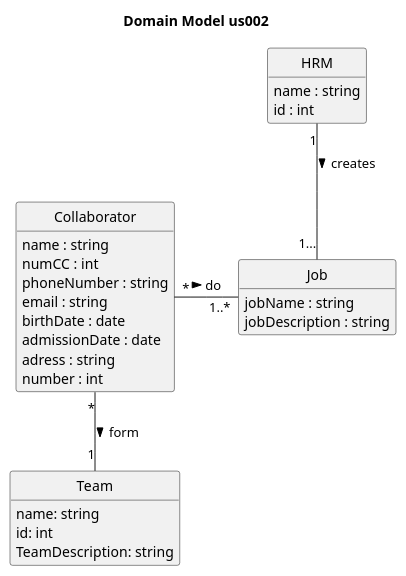
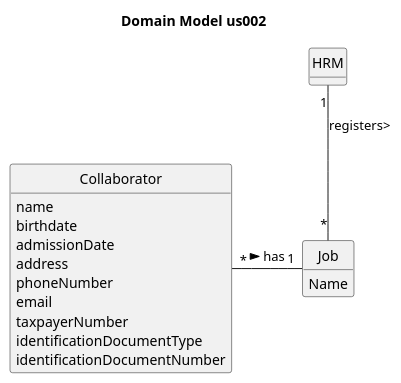
Before and after one commit to Departamento-de-Engenharia-Informatica/lei-24-s2-1dm-g132: the diagram in docs/sprintA/us002/02.analysis/puml/project-domain-model.puml, drawn with PlantUML. The commit also changed 1 other file, not shown here.

```diff
--- a/docs/sprintA/us002/02.analysis/puml/project-domain-model.puml
+++ b/docs/sprintA/us002/02.analysis/puml/project-domain-model.puml
@@ -1,45 +1,37 @@
 @startuml
 skinparam monochrome true
 skinparam packageStyle rectangle
 skinparam shadowing false
 'skinparam linetype ortho
 'left to right direction
 skinparam classAttributeIconSize 0
 hide circle
 hide methods
 
 title Domain Model us002
 
 
 
 class HRM {
-    name : string
-    id : int
 }
 
 class Job {
-    jobName : string
-    jobDescription : string
+    Name
 
 }
 class Collaborator {
-    name : string
-    numCC : int
-    phoneNumber : string
-    email : string
-    birthDate : date
-    admissionDate : date
-    adress : string
-    number : int
+    name
+    birthdate
+    admissionDate
+    address
+    phoneNumber
+    email
+    taxpayerNumber
+    identificationDocumentType
+    identificationDocumentNumber
     }
 
-class Team {
-     name: string
-     id: int
-     TeamDescription: string
-}
-Collaborator "*" -- "1" Team : form >
-HRM "1" -- "1..." Job : creates >
-Collaborator "*" - "1..*" Job : do >
+HRM "1" -- "*" Job :registers>
+Collaborator "*" - "1" Job : has >
 
 @enduml
```
